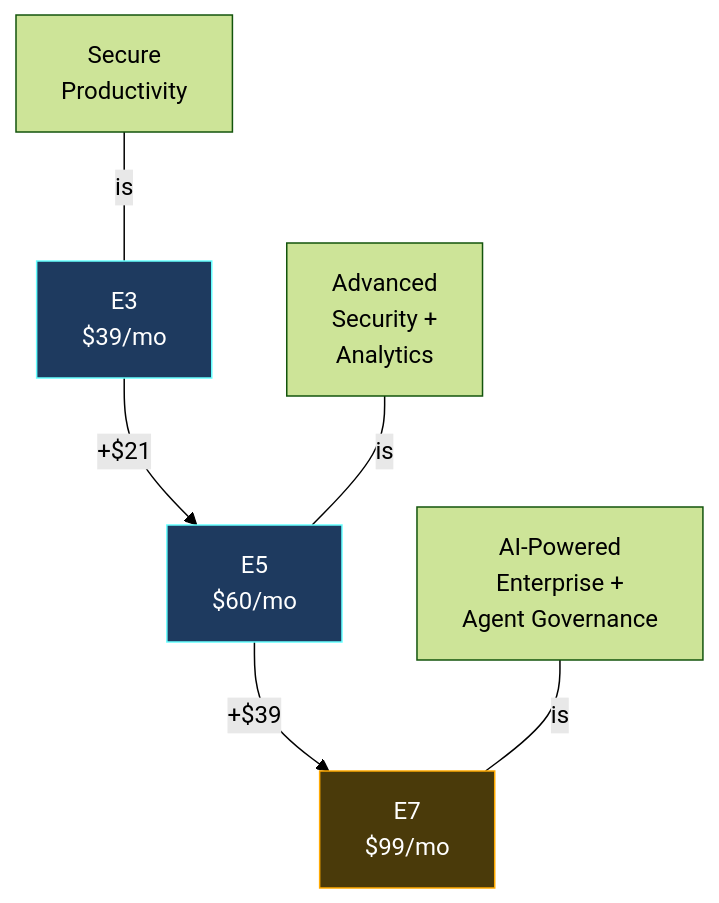
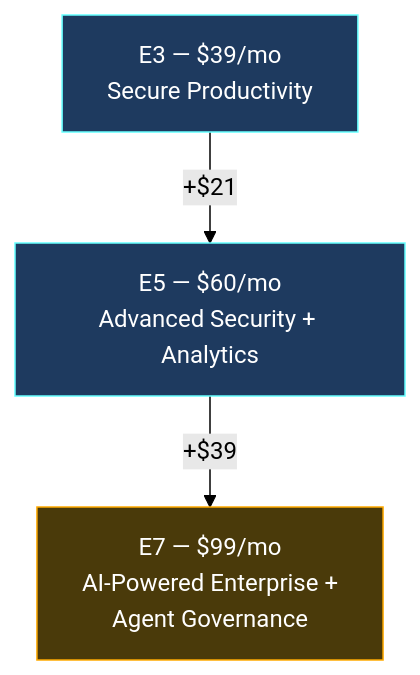
One commit to susanthgit/aguidetocloud-revamp changed the second of 4 diagrams in content/blog/microsoft-365-e7-frontier-suite-everything-you-need-to-know.md. Above: the diagram before and after it, drawn with Mermaid (forest theme). The commit also changed other lines of this file and 3 other files, not shown here.

First line of the commit message:
Quality audit: standardise all 28 Mermaid diagrams across 7 blogs

````diff
--- a/content/blog/microsoft-365-e7-frontier-suite-everything-you-need-to-know.md
+++ b/content/blog/microsoft-365-e7-frontier-suite-everything-you-need-to-know.md
@@ -133,11 +133,8 @@
 ```mermaid
 flowchart TD
-    A["E3\n$39/mo"] -->|"+$21"| B["E5\n$60/mo"]
-    B -->|"+$39"| C["E7\n$99/mo"]
-    A2["Secure\nProductivity"] ---|"is"| A
-    B2["Advanced\nSecurity +\nAnalytics"] ---|"is"| B
-    C2["AI-Powered\nEnterprise +\nAgent Governance"] ---|"is"| C
+    A["E3 — $39/mo<br/>Secure Productivity"] -->|"+$21"| B["E5 — $60/mo<br/>Advanced Security + Analytics"]
+    B -->|"+$39"| C["E7 — $99/mo<br/>AI-Powered Enterprise +<br/>Agent Governance"]
     style A fill:#1e3a5f,stroke:#66ffff,color:#ffffff
     style B fill:#1e3a5f,stroke:#66ffff,color:#ffffff
     style C fill:#4a3a0a,stroke:#ffaa00,color:#ffffff
 ```
````
